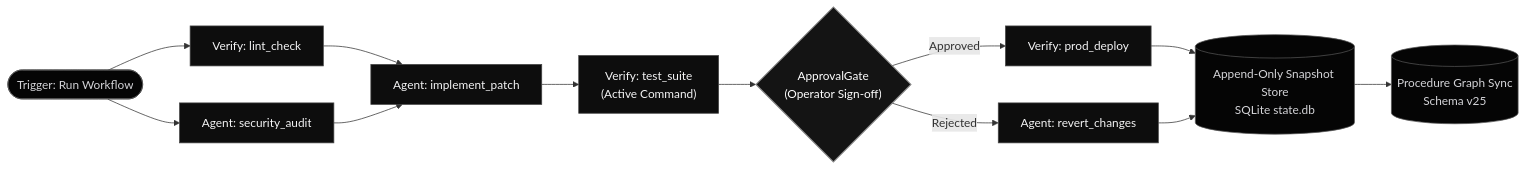
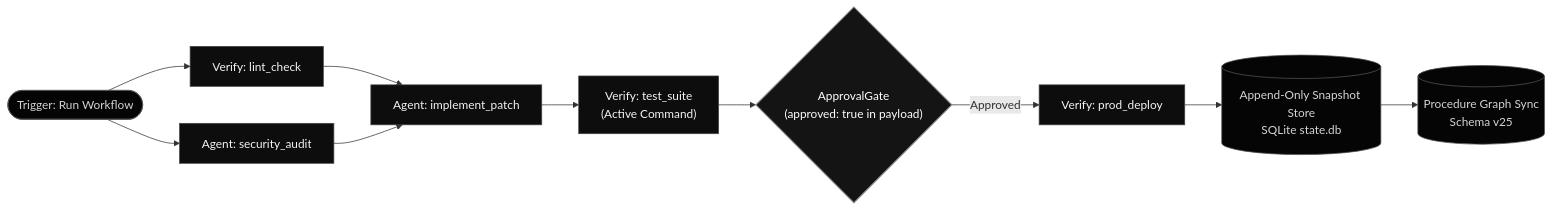
Before and after one commit to autonomic-ai-dev/website: the diagram in src/routes/docs/workflows/+page.md, drawn with Mermaid. The commit also changed other lines of this file and 6 other files, not shown here.

````diff
--- a/src/routes/docs/workflows/+page.md
+++ b/src/routes/docs/workflows/+page.md
@@ -9,25 +9,23 @@
 ```mermaid
 flowchart LR
     Start(["Trigger: Run Workflow"]) --> Lint["Verify: lint_check"]
     Start --> Scan["Agent: security_audit"]
     
     Lint --> Build["Agent: implement_patch"]
     Scan --> Build
     
     Build --> Test["Verify: test_suite<br/>(Active Command)"]
-    Test --> Gate{"ApprovalGate<br/>(Operator Sign-off)"}
+    Test --> Gate{"ApprovalGate<br/>(approved: true in payload)"}
     
     Gate -->|Approved| Deploy["Verify: prod_deploy"]
-    Gate -->|Rejected| Fallback["Agent: revert_changes"]
 
     Deploy --> Snapshot[("Append-Only Snapshot Store<br/>SQLite state.db")]
-    Fallback --> Snapshot
     Snapshot --> BrainSync[("Procedure Graph Sync<br/>Schema v25")]
 
     classDef exec fill:#0d0d0d,stroke:#444444,stroke-width:1px,color:#f4f4f5;
     classDef gate fill:#141414,stroke:#888888,stroke-width:1.5px,color:#ffffff;
     classDef terminal fill:#050505,stroke:#555555,stroke-width:1px,color:#d4d4d8;
-    class Lint,Scan,Build,Test,Deploy,Fallback exec;
+    class Lint,Scan,Build,Test,Deploy exec;
     class Gate gate;
     class Snapshot,Start,BrainSync terminal;
 ```
````
